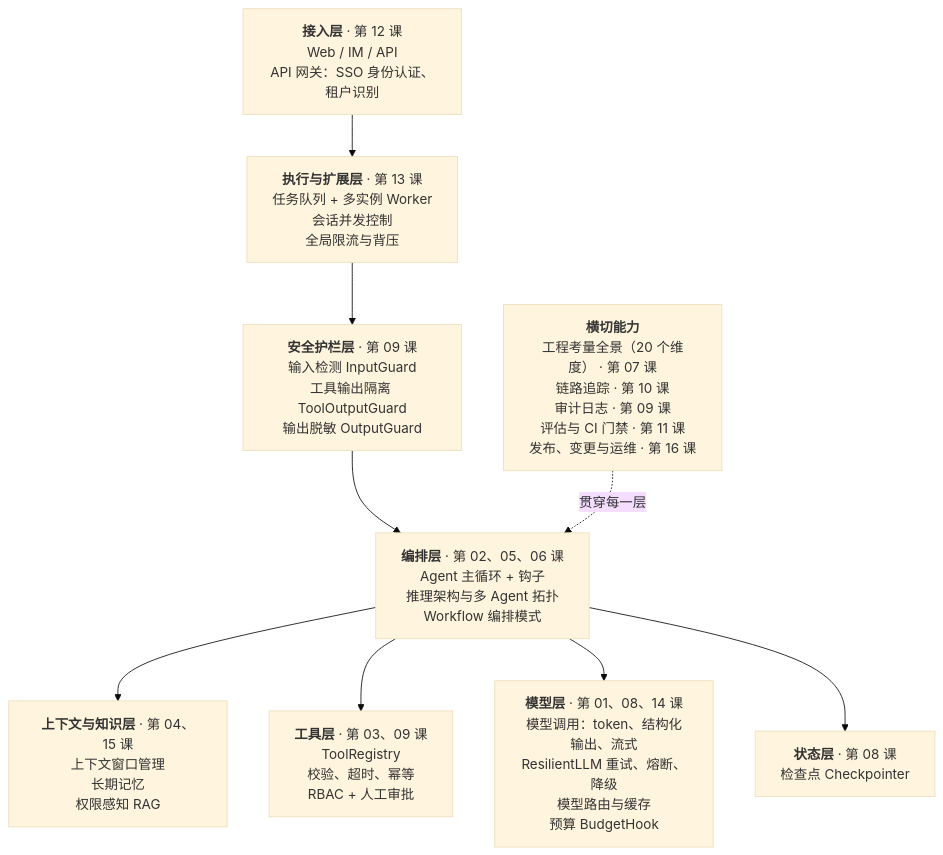
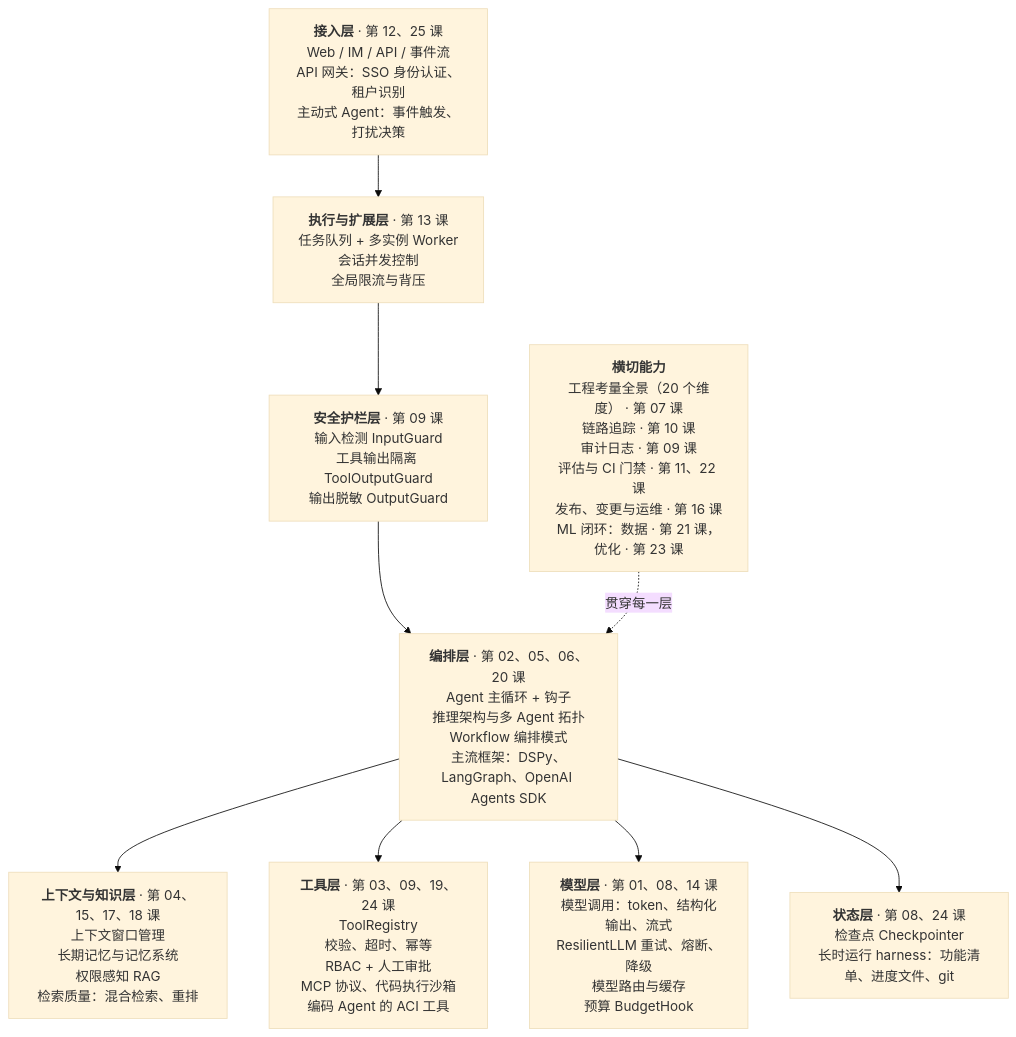
Before and after one commit to heaven999b/hello-agent-system: the fourth of 5 diagrams in lessons/00_overview/README.md, drawn with Mermaid (base theme). The commit also changed other lines of this file and 156 other files, not shown here.

````diff
--- a/lessons/00_overview/README.md
+++ b/lessons/00_overview/README.md
@@ -115,18 +117,18 @@
 ```mermaid
 flowchart TB
-    ENTRY["<b>接入层</b> · 第 12 课<br/>Web / IM / API<br/>API 网关：SSO 身份认证、租户识别"]
+    ENTRY["<b>接入层</b> · 第 12、25 课<br/>Web / IM / API / 事件流<br/>API 网关：SSO 身份认证、租户识别<br/>主动式 Agent：事件触发、打扰决策"]
     EXEC["<b>执行与扩展层</b> · 第 13 课<br/>任务队列 + 多实例 Worker<br/>会话并发控制<br/>全局限流与背压"]
     GUARD["<b>安全护栏层</b> · 第 09 课<br/>输入检测 InputGuard<br/>工具输出隔离 ToolOutputGuard<br/>输出脱敏 OutputGuard"]
-    ORCH["<b>编排层</b> · 第 02、05、06 课<br/>Agent 主循环 + 钩子<br/>推理架构与多 Agent 拓扑<br/>Workflow 编排模式"]
-    CTX["<b>上下文与知识层</b> · 第 04、15 课<br/>上下文窗口管理<br/>长期记忆<br/>权限感知 RAG"]
-    TOOLS["<b>工具层</b> · 第 03、09 课<br/>ToolRegistry<br/>校验、超时、幂等<br/>RBAC + 人工审批"]
+    ORCH["<b>编排层</b> · 第 02、05、06、20 课<br/>Agent 主循环 + 钩子<br/>推理架构与多 Agent 拓扑<br/>Workflow 编排模式<br/>主流框架：DSPy、LangGraph、OpenAI Agents SDK"]
+    CTX["<b>上下文与知识层</b> · 第 04、15、17、18 课<br/>上下文窗口管理<br/>长期记忆与记忆系统<br/>权限感知 RAG<br/>检索质量：混合检索、重排"]
+    TOOLS["<b>工具层</b> · 第 03、09、19、24 课<br/>ToolRegistry<br/>校验、超时、幂等<br/>RBAC + 人工审批<br/>MCP 协议、代码执行沙箱<br/>编码 Agent 的 ACI 工具"]
     MODEL["<b>模型层</b> · 第 01、08、14 课<br/>模型调用：token、结构化输出、流式<br/>ResilientLLM 重试、熔断、降级<br/>模型路由与缓存<br/>预算 BudgetHook"]
-    STATE["<b>状态层</b> · 第 08 课<br/>检查点 Checkpointer"]
-    XCUT["<b>横切能力</b><br/>工程考量全景（20 个维度） · 第 07 课<br/>链路追踪 · 第 10 课<br/>审计日志 · 第 09 课<br/>评估与 CI 门禁 · 第 11 课<br/>发布、变更与运维 · 第 16 课"]
+    STATE["<b>状态层</b> · 第 08、24 课<br/>检查点 Checkpointer<br/>长时运行 harness：功能清单、进度文件、git"]
+    XCUT["<b>横切能力</b><br/>工程考量全景（20 个维度） · 第 07 课<br/>链路追踪 · 第 10 课<br/>审计日志 · 第 09 课<br/>评估与 CI 门禁 · 第 11、22 课<br/>发布、变更与运维 · 第 16 课<br/>ML 闭环：数据 · 第 21 课，优化 · 第 23 课"]
     ENTRY --> EXEC --> GUARD --> ORCH
     ORCH --> CTX
     ORCH --> TOOLS
     ORCH --> MODEL
     ORCH --> STATE
     XCUT -.->|"贯穿每一层"| ORCH
 ```
````
